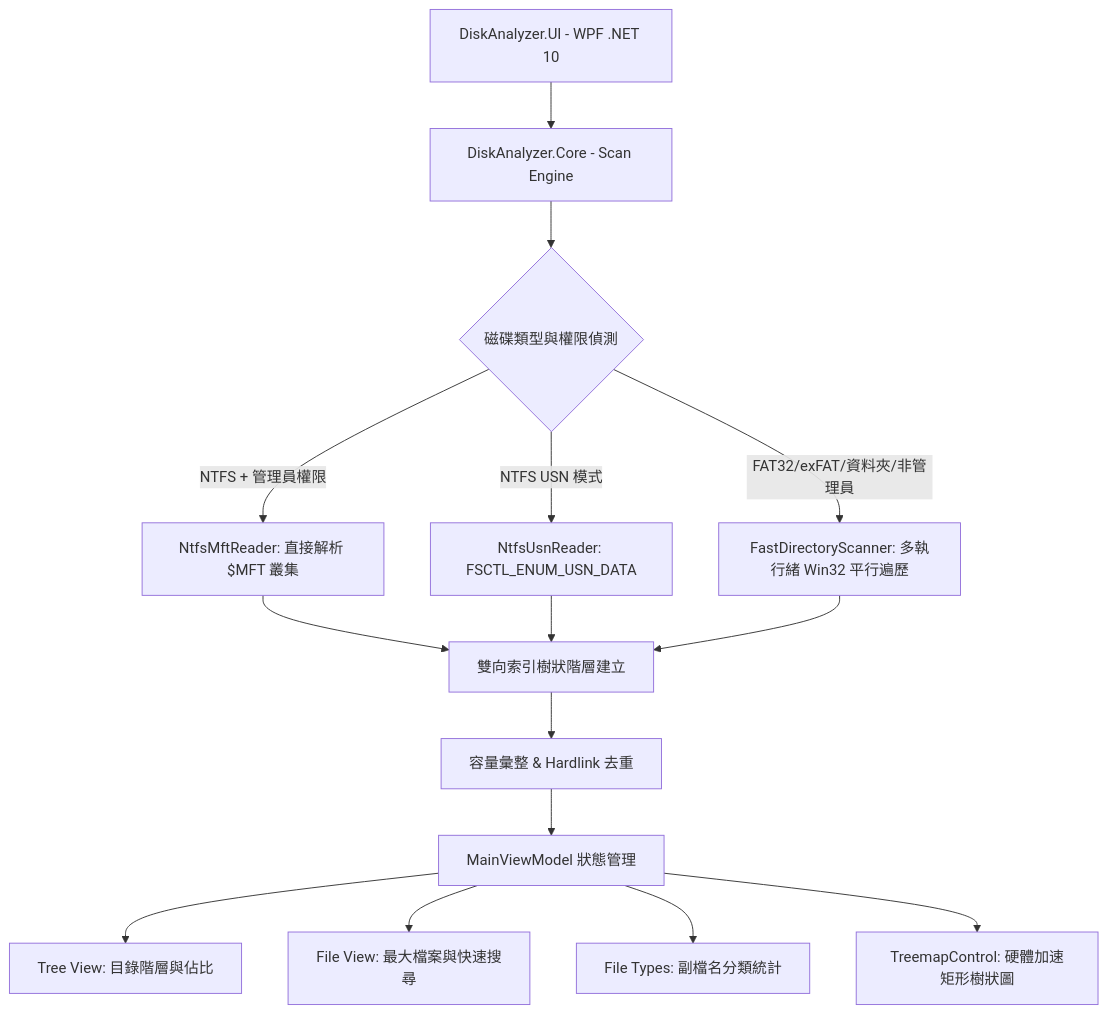
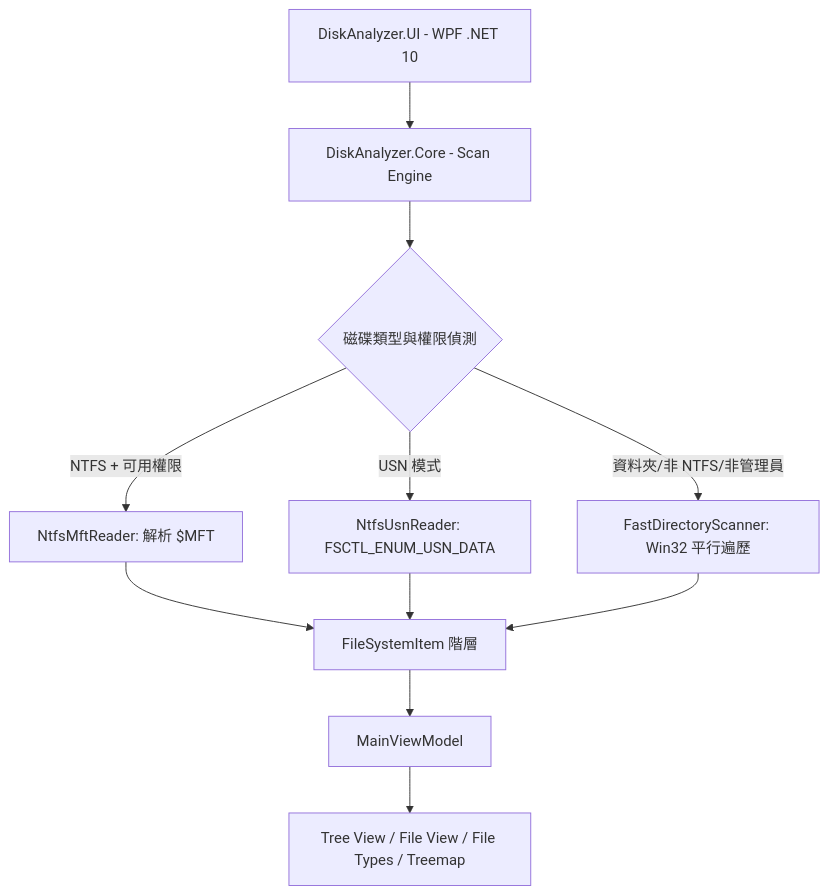
Before and after one commit to hs9021401/DiskAnalyzer: the diagram in README.md, drawn with Mermaid. The commit also changed other lines of this file and 40 other files, not shown here.

````diff
--- a/README.md
+++ b/README.md
@@ -52,20 +78,14 @@
 ```mermaid
 graph TD
     UI[DiskAnalyzer.UI - WPF .NET 10] --> Engine[DiskAnalyzer.Core - Scan Engine]
     Engine --> Strategy{磁碟類型與權限偵測}
-    Strategy -->|NTFS + 管理員權限| MFT[NtfsMftReader: 直接解析 $MFT 叢集]
-    Strategy -->|NTFS USN 模式| USN[NtfsUsnReader: FSCTL_ENUM_USN_DATA]
-    Strategy -->|FAT32/exFAT/資料夾/非管理員| FastWalker[FastDirectoryScanner: 多執行緒 Win32 平行遍歷]
+    Strategy -->|NTFS + 可用權限| MFT[NtfsMftReader: 解析 $MFT]
+    Strategy -->|USN 模式| USN[NtfsUsnReader: FSCTL_ENUM_USN_DATA]
+    Strategy -->|資料夾/非 NTFS/非管理員| Walker[FastDirectoryScanner: Win32 平行遍歷]
 
-    MFT --> Hierarchy[雙向索引樹狀階層建立]
-    USN --> Hierarchy
-    FastWalker --> Hierarchy
-
-    Hierarchy --> Aggregator[容量彙整 & Hardlink 去重]
-    Aggregator --> ViewModel[MainViewModel 狀態管理]
-
-    ViewModel --> View1[Tree View: 目錄階層與佔比]
-    ViewModel --> View2[File View: 最大檔案與快速搜尋]
-    ViewModel --> View3[File Types: 副檔名分類統計]
-    ViewModel --> View4[TreemapControl: 硬體加速矩形樹狀圖]
+    MFT --> Tree[FileSystemItem 階層]
+    USN --> Tree
+    Walker --> Tree
+    Tree --> VM[MainViewModel]
+    VM --> Views[Tree View / File View / File Types / Treemap]
 ```
````
